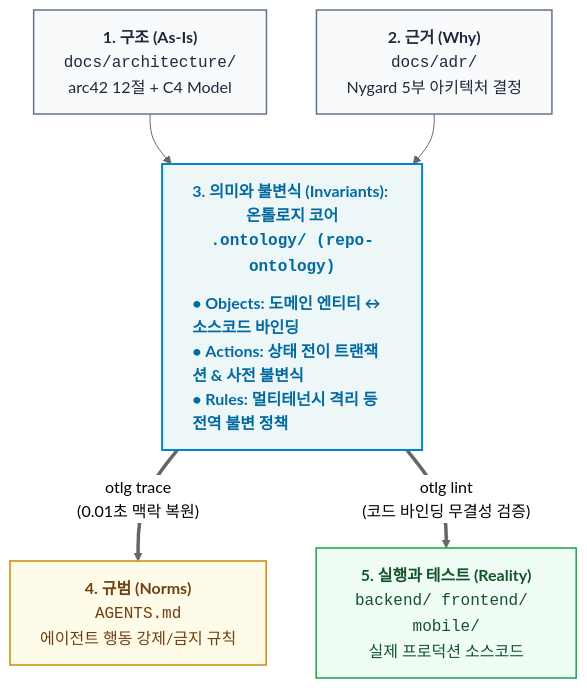
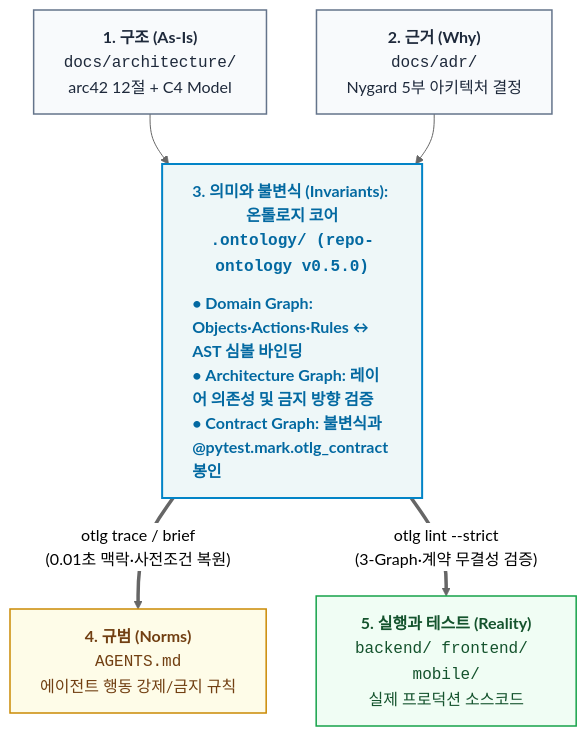
One commit to tomato-vault/tomato-vault.github.io changed the third of 3 diagrams in _posts/tech/ai-agent-architecture/6 에이전트가 기억상실증입니다만, 문제라도?.md. Above: the diagram before and after it, drawn with Mermaid (neutral theme). The commit also changed other lines of this file and 36 other files, not shown here.

````diff
--- a/_posts/tech/ai-agent-architecture/6 에이전트가 기억상실증입니다만, 문제라도?.md
+++ b/_posts/tech/ai-agent-architecture/6 에이전트가 기억상실증입니다만, 문제라도?.md
@@ -124,18 +130,18 @@
 ```mermaid
 flowchart TD
     classDef ont fill:#eef7f8,stroke:#0284c7,stroke-width:2px,color:#0369a1,font-weight:bold
     classDef doc fill:#f8fafc,stroke:#64748b,stroke-width:1.5px,color:#1e293b
     classDef exec fill:#f0fdf4,stroke:#16a34a,stroke-width:1.5px,color:#14532d
     classDef norm fill:#fefce8,stroke:#ca8a04,stroke-width:1.5px,color:#713f12
 
     G1["<b>1. 구조 (As-Is)</b><br/><code>docs/architecture/</code><br/>arc42 12절 + C4 Model"]:::doc
     G2["<b>2. 근거 (Why)</b><br/><code>docs/adr/</code><br/>Nygard 5부 아키텍처 결정"]:::doc
 
     G1 --> G3
     G2 --> G3
 
-    G3["<b>3. 의미와 불변식 (Invariants): 온톨로지 코어</b><br/><code>.ontology/ (repo-ontology)</code><hr style='margin:6px 0; border:none; border-top:1px solid #38bdf8;'/><div style='text-align:left; line-height:1.5;'>• <b>Objects</b>: 도메인 엔티티 ↔ 소스코드 바인딩<br/>• <b>Actions</b>: 상태 전이 트랜잭션 & 사전 불변식<br/>• <b>Rules</b>: 멀티테넌시 격리 등 전역 불변 정책</div>"]:::ont
+    G3["<b>3. 의미와 불변식 (Invariants): 온톨로지 코어</b><br/><code>.ontology/ (repo-ontology v0.5.0)</code><hr style='margin:6px 0; border:none; border-top:1px solid #38bdf8;'/><div style='text-align:left; line-height:1.5;'>• <b>Domain Graph</b>: Objects·Actions·Rules ↔ AST 심볼 바인딩<br/>• <b>Architecture Graph</b>: 레이어 의존성 및 금지 방향 검증<br/>• <b>Contract Graph</b>: 불변식과 @pytest.mark.otlg_contract 봉인</div>"]:::ont
 
-    G3 ==>|"otlg trace<br/>(0.01초 맥락 복원)"| G4["<b>4. 규범 (Norms)</b><br/><code>AGENTS.md</code><br/>에이전트 행동 강제/금지 규칙"]:::norm
-    G3 ==>|"otlg lint<br/>(코드 바인딩 무결성 검증)"| G5["<b>5. 실행과 테스트 (Reality)</b><br/><code>backend/ frontend/ mobile/</code><br/>실제 프로덕션 소스코드"]:::exec
+    G3 ==>|"otlg trace / brief<br/>(0.01초 맥락·사전조건 복원)"| G4["<b>4. 규범 (Norms)</b><br/><code>AGENTS.md</code><br/>에이전트 행동 강제/금지 규칙"]:::norm
+    G3 ==>|"otlg lint --strict<br/>(3-Graph·계약 무결성 검증)"| G5["<b>5. 실행과 테스트 (Reality)</b><br/><code>backend/ frontend/ mobile/</code><br/>실제 프로덕션 소스코드"]:::exec
 ```
````
